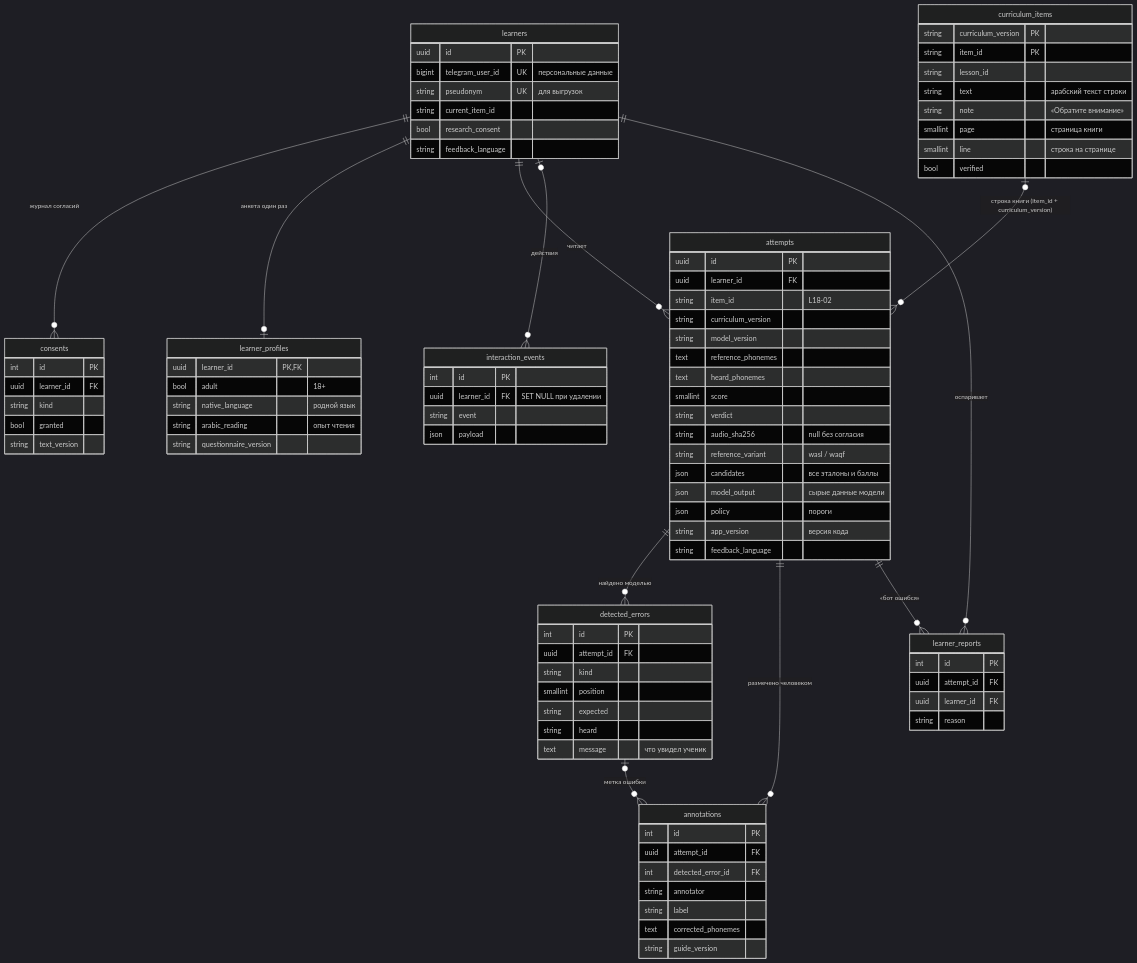
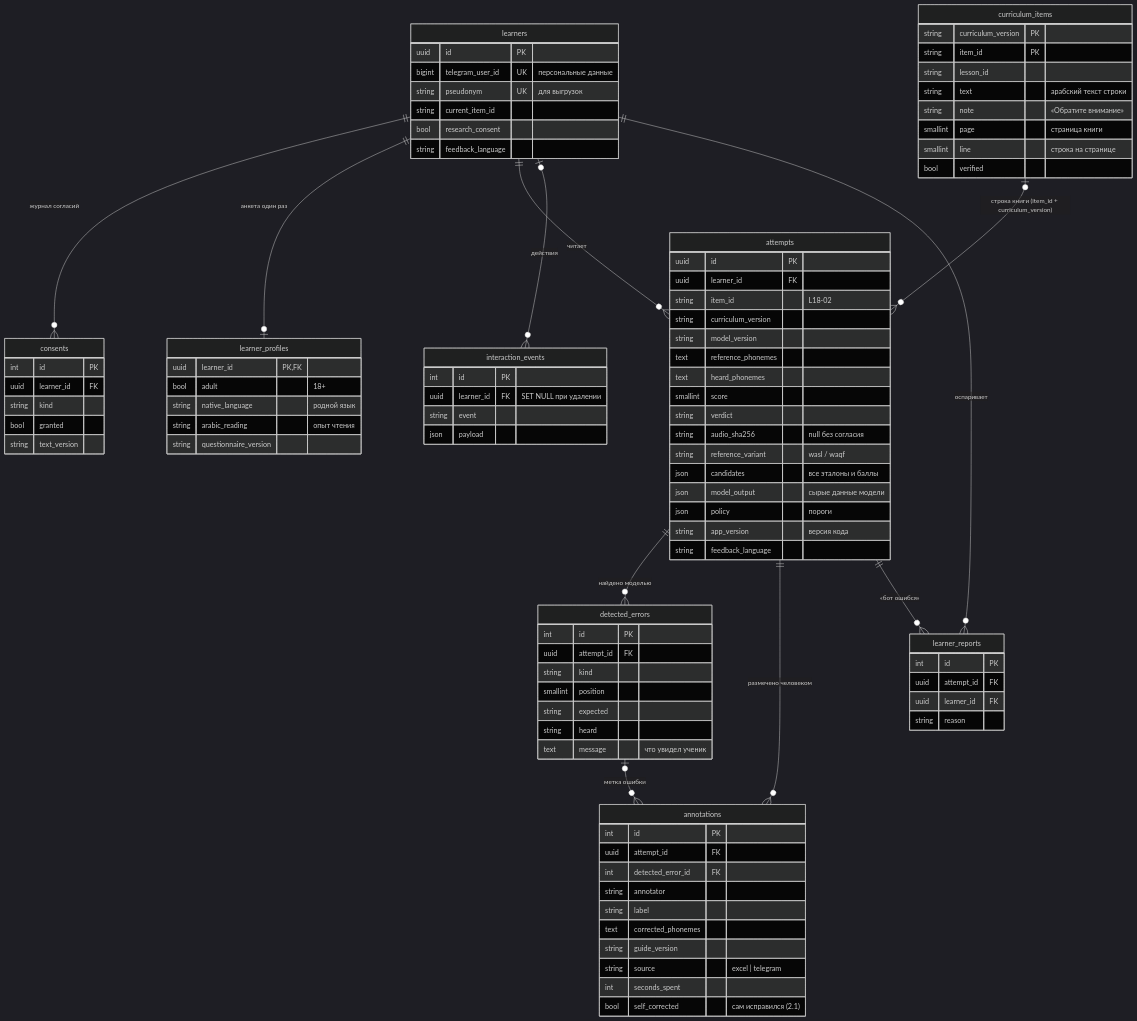
The diagram in docs/architecture/diagrams/04-er.mmd (abdra04-gif/muallim), drawn with Mermaid (dark theme) before and after one commit. The commit also changed 74 other files, not shown here.

First line of the commit message:
feat(bot): проверка бота в терминале, «сам исправился» в разметке, цветные кнопки, правила — в проверки

```diff
--- a/docs/architecture/diagrams/04-er.mmd
+++ b/docs/architecture/diagrams/04-er.mmd
@@ -1,93 +1,96 @@
 %% Схема БД (подробно — docs/data/data-dictionary.md).
 erDiagram
     learners ||--o{ consents : "журнал согласий"
     learners ||--o| learner_profiles : "анкета один раз"
     learners ||--o{ attempts : "читает"
     learners |o--o{ interaction_events : "действия"
     attempts ||--o{ detected_errors : "найдено моделью"
     attempts ||--o{ annotations : "размечено человеком"
     detected_errors |o--o{ annotations : "метка ошибки"
     attempts ||--o{ learner_reports : "«бот ошибся»"
     learners ||--o{ learner_reports : "оспаривает"
     curriculum_items |o--o{ attempts : "строка книги (item_id + curriculum_version)"
 
     learners {
         uuid id PK
         bigint telegram_user_id UK "персональные данные"
         string pseudonym UK "для выгрузок"
         string current_item_id
         bool research_consent
         string feedback_language
     }
     consents {
         int id PK
         uuid learner_id FK
         string kind
         bool granted
         string text_version
     }
     learner_profiles {
         uuid learner_id PK,FK
         bool adult "18+"
         string native_language "родной язык"
         string arabic_reading "опыт чтения"
         string questionnaire_version
     }
     attempts {
         uuid id PK
         uuid learner_id FK
         string item_id "L18-02"
         string curriculum_version
         string model_version
         text reference_phonemes
         text heard_phonemes
         smallint score
         string verdict
         string audio_sha256 "null без согласия"
         string reference_variant "wasl / waqf"
         json candidates "все эталоны и баллы"
         json model_output "сырые данные модели"
         json policy "пороги"
         string app_version "версия кода"
         string feedback_language
     }
     curriculum_items {
         string curriculum_version PK
         string item_id PK
         string lesson_id
         string text "арабский текст строки"
         string note "«Обратите внимание»"
         smallint page "страница книги"
         smallint line "строка на странице"
         bool verified
     }
     learner_reports {
         int id PK
         uuid attempt_id FK
         uuid learner_id FK
         string reason
     }
     detected_errors {
         int id PK
         uuid attempt_id FK
         string kind
         smallint position
         string expected
         string heard
         text message "что увидел ученик"
     }
     annotations {
         int id PK
         uuid attempt_id FK
         int detected_error_id FK
         string annotator
         string label
         text corrected_phonemes
         string guide_version
+        string source "excel | telegram"
+        int seconds_spent
+        bool self_corrected "сам исправился (2.1)"
     }
     interaction_events {
         int id PK
         uuid learner_id FK "SET NULL при удалении"
         string event
         json payload
     }
```
